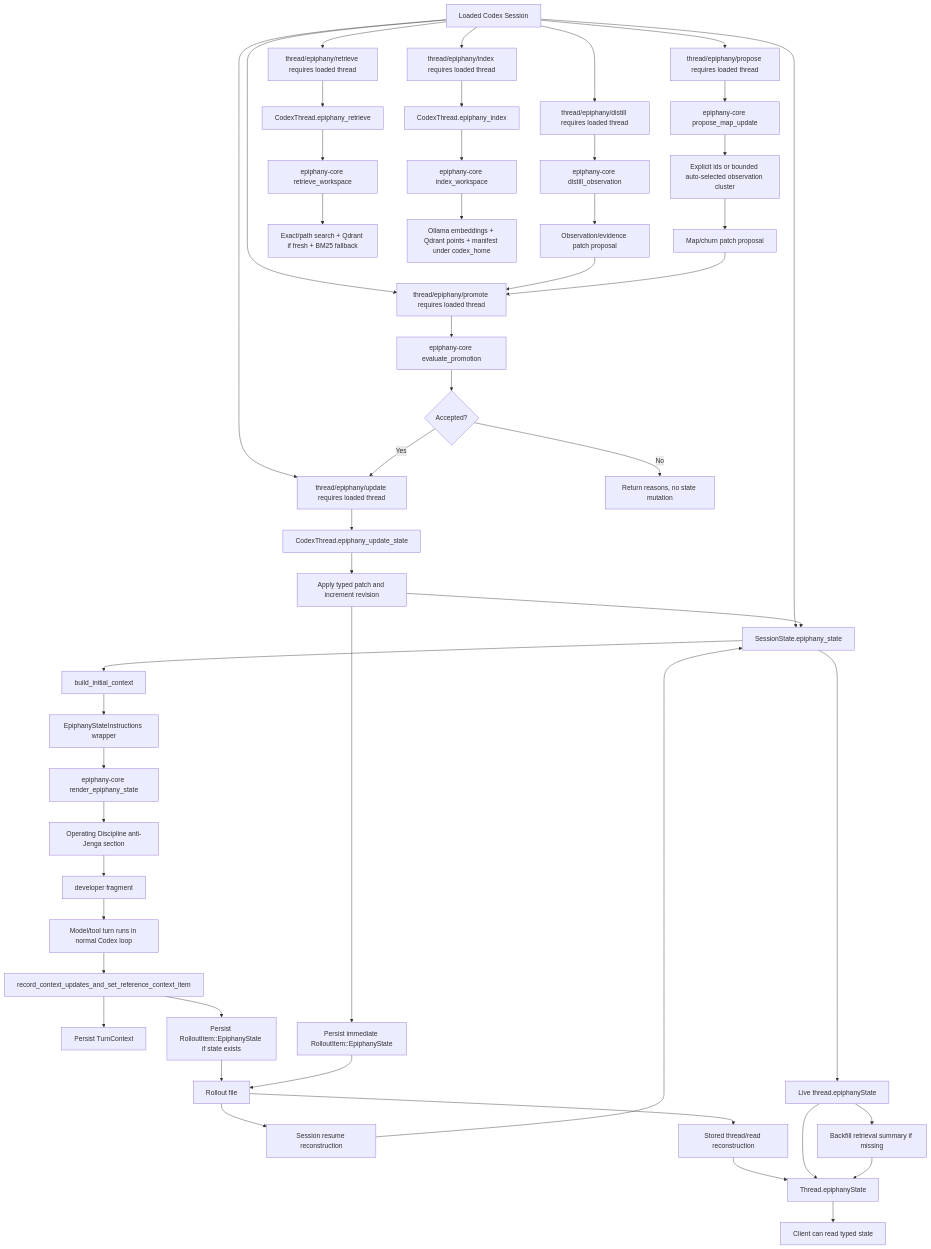
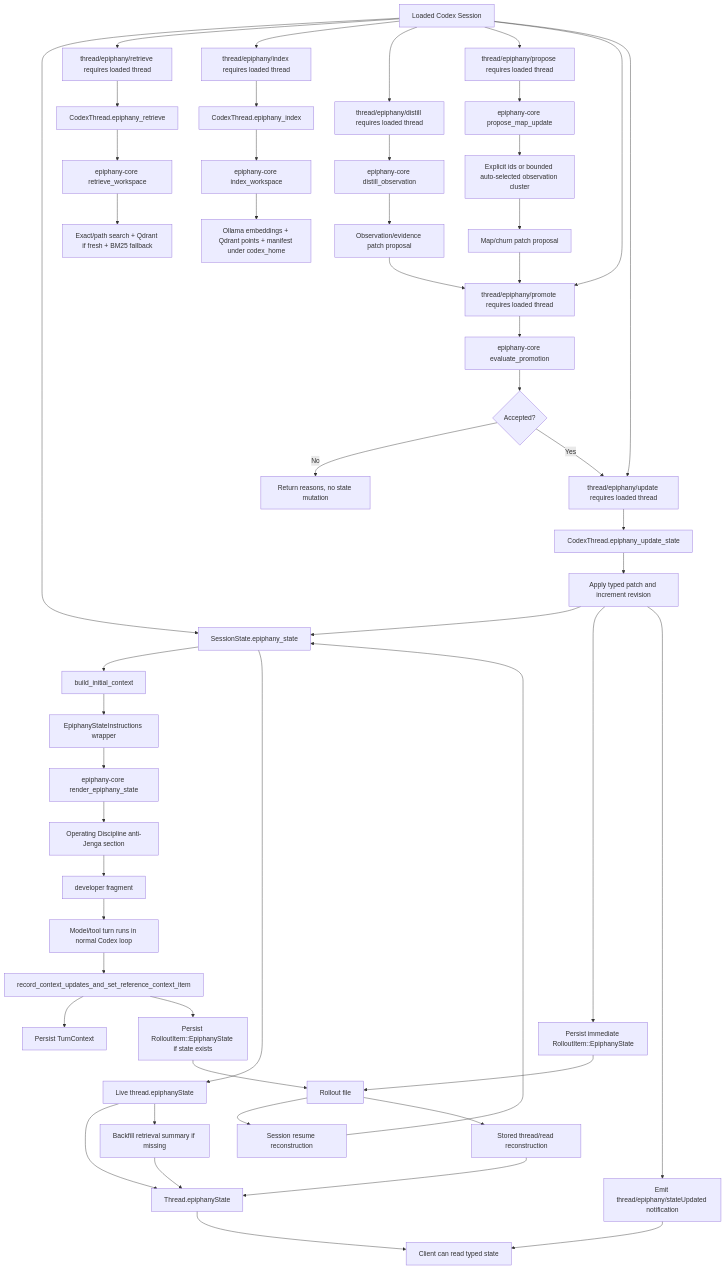
Before and after one commit to GameCult/Epiphany: the diagram in notes/epiphany-current-algorithmic-map.md, drawn with Mermaid. The commit also changed other lines of this file and 16 other files, not shown here.

Commit message:
Add Epiphany state update notification

````diff
--- a/notes/epiphany-current-algorithmic-map.md
+++ b/notes/epiphany-current-algorithmic-map.md
@@ -37,51 +38,53 @@
 ```mermaid
 flowchart TD
     A["Loaded Codex Session"] --> B["SessionState.epiphany_state"]
     B --> C["build_initial_context"]
     C --> D["EpiphanyStateInstructions wrapper"]
     D --> E["epiphany-core render_epiphany_state"]
     E --> EA["Operating Discipline anti-Jenga section"]
     EA --> F["<epiphany_state> developer fragment"]
     F --> G["Model/tool turn runs in normal Codex loop"]
     G --> H["record_context_updates_and_set_reference_context_item"]
     H --> I["Persist TurnContext"]
     H --> J["Persist RolloutItem::EpiphanyState if state exists"]
     J --> K["Rollout file"]
     K --> L["Session resume reconstruction"]
     L --> B
     K --> M["Stored thread/read reconstruction"]
     M --> N["Thread.epiphanyState"]
     B --> O["Live thread.epiphanyState"]
     O --> N
     O --> P["Backfill retrieval summary if missing"]
     P --> N
     N --> Q["Client can read typed state"]
     A --> R["thread/epiphany/retrieve requires loaded thread"]
     A --> S["thread/epiphany/index requires loaded thread"]
     A --> AA["thread/epiphany/distill requires loaded thread"]
     A --> AH["thread/epiphany/propose requires loaded thread"]
     A --> AD["thread/epiphany/promote requires loaded thread"]
     A --> Z["thread/epiphany/update requires loaded thread"]
     AA --> AB["epiphany-core distill_observation"]
     AB --> AC["Observation/evidence patch proposal"]
     AC --> AD
     AH --> AI["epiphany-core propose_map_update"]
     AI --> AIA["Explicit ids or bounded auto-selected observation cluster"]
     AIA --> AJ["Map/churn patch proposal"]
     AJ --> AD
     AD --> AE["epiphany-core evaluate_promotion"]
     AE --> AF{"Accepted?"}
     AF -->|"No"| AG["Return reasons, no state mutation"]
     AF -->|"Yes"| Z
     R --> T["CodexThread.epiphany_retrieve"]
     S --> U["CodexThread.epiphany_index"]
     Z --> ZA["CodexThread.epiphany_update_state"]
     ZA --> ZB["Apply typed patch and increment revision"]
     ZB --> B
     ZB --> ZC["Persist immediate RolloutItem::EpiphanyState"]
+    ZB --> ZD["Emit thread/epiphany/stateUpdated notification"]
+    ZD --> Q
     ZC --> K
     T --> V["epiphany-core retrieve_workspace"]
     U --> W["epiphany-core index_workspace"]
     V --> X["Exact/path search + Qdrant if fresh + BM25 fallback"]
     W --> Y["Ollama embeddings + Qdrant points + manifest under codex_home"]
 ```
````
